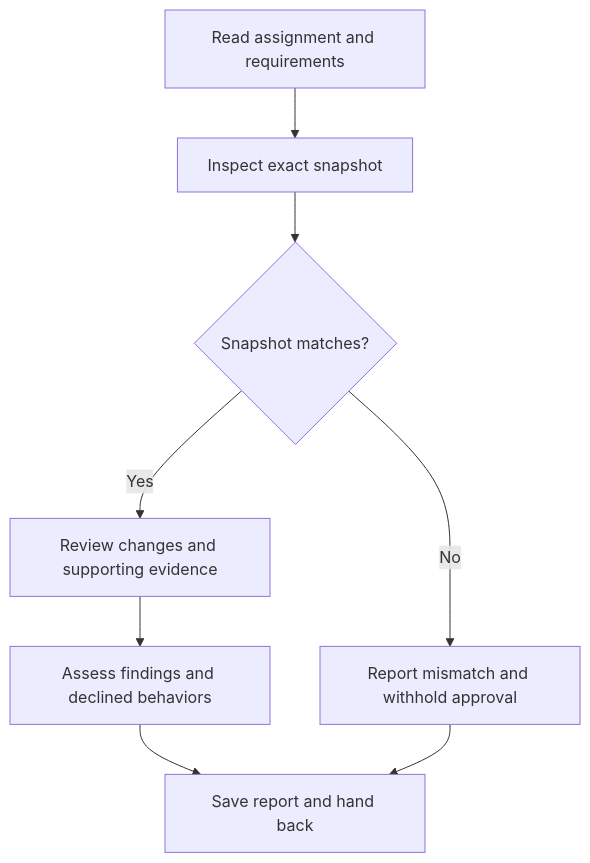
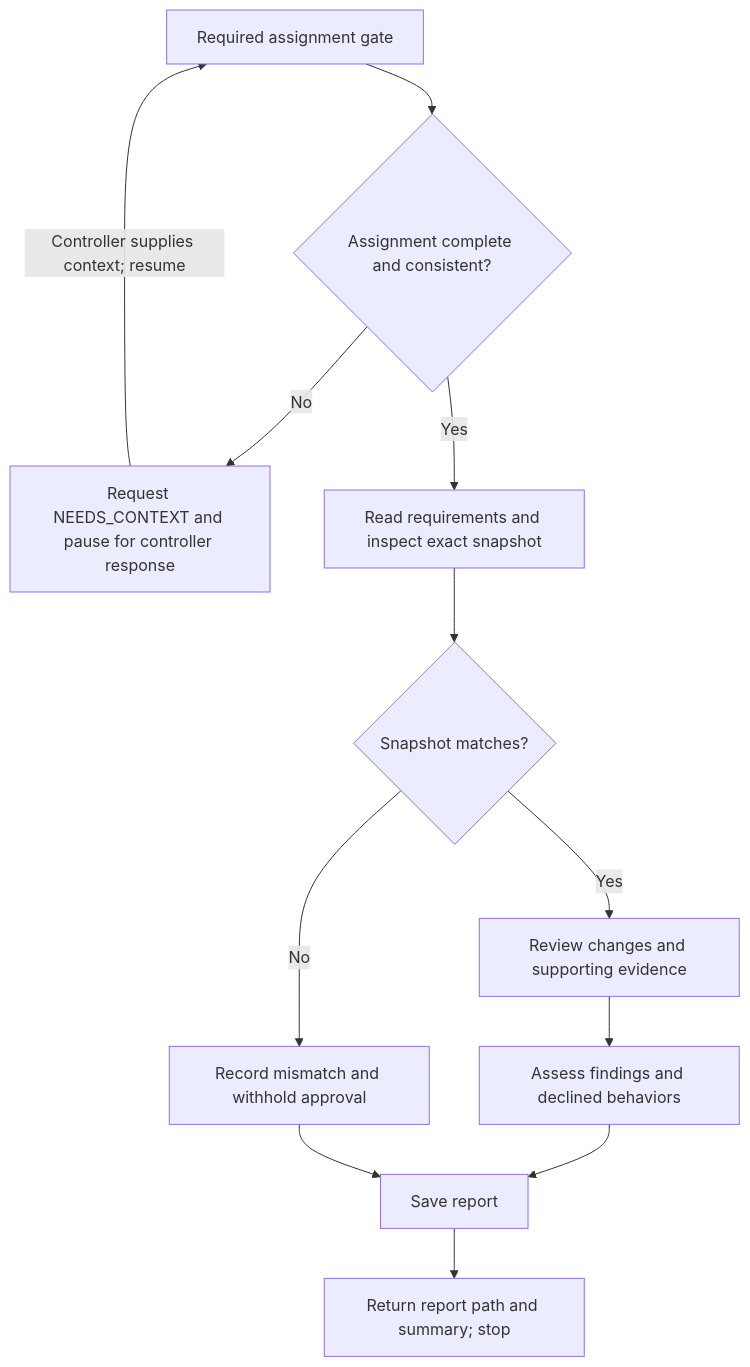
Before and after one commit to UseTheFork/spindle: the diagram in .github/agents/sdd-code-reviewer.agent.md, drawn with Mermaid. The commit also changed other lines of this file and 7 other files, not shown here.

````diff
--- a/.github/agents/sdd-code-reviewer.agent.md
+++ b/.github/agents/sdd-code-reviewer.agent.md
@@ -47,10 +17,14 @@
 ```mermaid
 flowchart TD
-    A[Read assignment and requirements] --> B[Inspect exact snapshot]
-    B --> C{Snapshot matches?}
-    C -- No --> D[Report mismatch and withhold approval]
-    C -- Yes --> E[Review changes and supporting evidence]
-    E --> F[Assess findings and declined behaviors]
-    F --> G[Save report and hand back]
-    D --> G
+    A[Required assignment gate] --> B{Assignment complete and consistent?}
+    B -- No --> C[Request NEEDS_CONTEXT and pause for controller response]
+    C -- Controller supplies context; resume --> A
+    B -- Yes --> D[Read requirements and inspect exact snapshot]
+    D --> E{Snapshot matches?}
+    E -- No --> F[Record mismatch and withhold approval]
+    E -- Yes --> G[Review changes and supporting evidence]
+    G --> H[Assess findings and declined behaviors]
+    H --> I[Save report]
+    F --> I
+    I --> J[Return report path and summary; stop]
 ```
````
